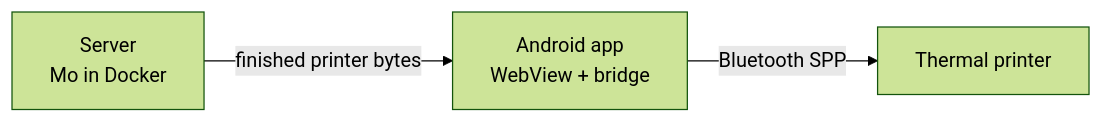
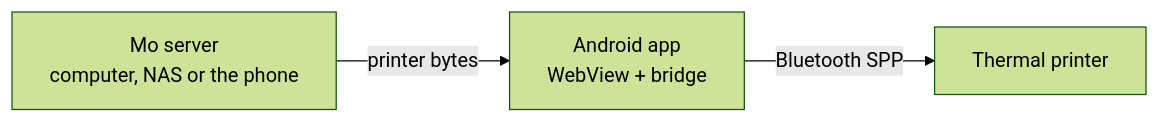
The first of 2 diagrams in docs/PHONE_PRINTING.md (mo-mobile/mo-mobile), drawn with Mermaid (forest theme) before and after one commit. The commit also changed other lines of this file and 7 other files, not shown here.

````diff
--- a/docs/PHONE_PRINTING.md
+++ b/docs/PHONE_PRINTING.md
@@ -9,5 +9,5 @@
 ```mermaid
 flowchart LR
-    A[Server<br/>Mo in Docker] -->|finished printer bytes| B[Android app<br/>WebView + bridge]
+    A[Mo server<br/>computer, NAS or the phone] -->|printer bytes| B[Android app<br/>WebView + bridge]
     B -->|Bluetooth SPP| C[Thermal printer]
 ```
````
